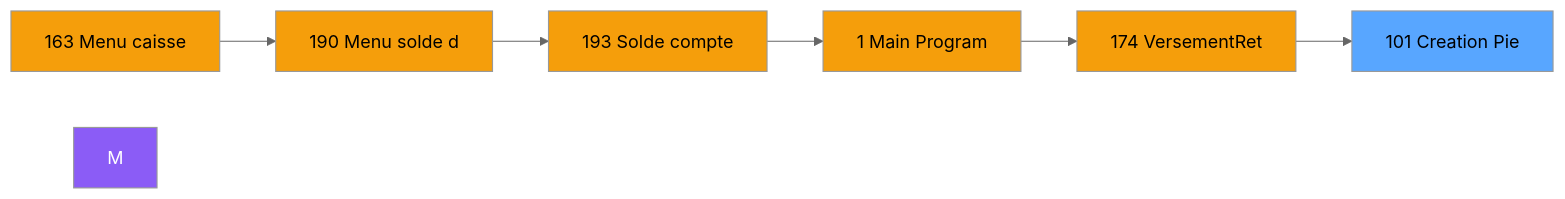
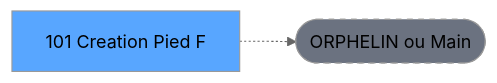
One commit to thonyAGP/lecteur-magic changed the second of 3 diagrams in .openspec/specs/ADH-IDE-101.md. Above: the diagram before and after it, drawn with Mermaid (neutral theme). The commit also changed other lines of this file and 701 other files, not shown here.

````diff
--- a/.openspec/specs/ADH-IDE-101.md
+++ b/.openspec/specs/ADH-IDE-101.md
@@ -121,21 +118,8 @@
 ```mermaid
 graph LR
-    N163[163 Menu caisse ]
-    N190[190 Menu solde d]
-    N193[193 Solde compte]
-    N1[1 Main Program]
-    N174[174 VersementRet]
-    T[101 Creation Pie]
-    N163 --> N190
-    N190 --> N193
-    N193 --> N1
-    N1 --> N174
-    N174 --> T
-    style M fill:#8b5cf6,color:#fff
-    style N163 fill:#f59e0b
-    style N190 fill:#f59e0b
-    style N193 fill:#f59e0b
-    style N1 fill:#f59e0b
-    style N174 fill:#f59e0b
+    T[101 Creation Pied F]
+    ORPHAN([ORPHELIN ou Main])
+    T -.-> ORPHAN
     style T fill:#58a6ff,color:#000
+    style ORPHAN fill:#6b7280,stroke-dasharray: 5 5
 ```
````
